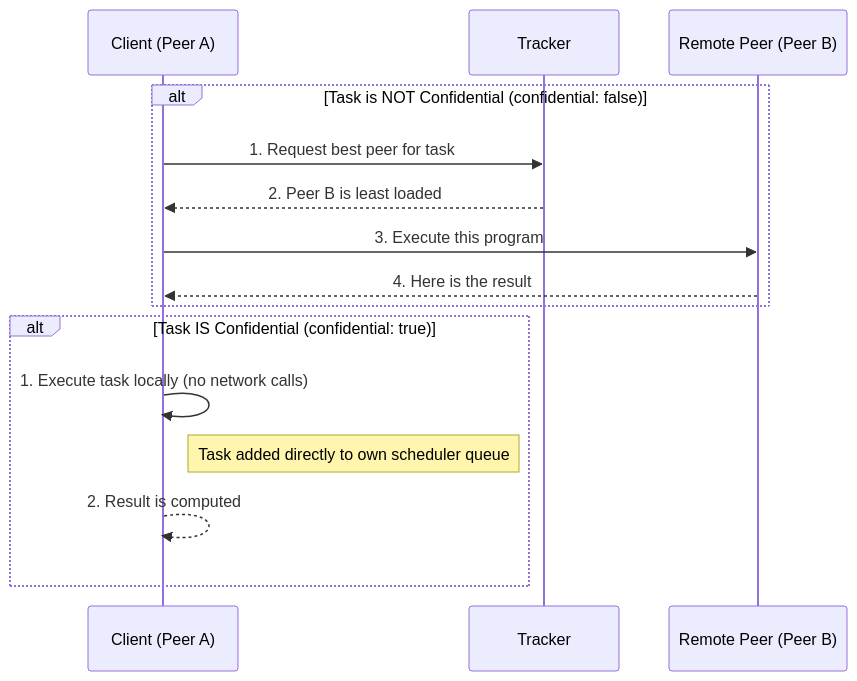
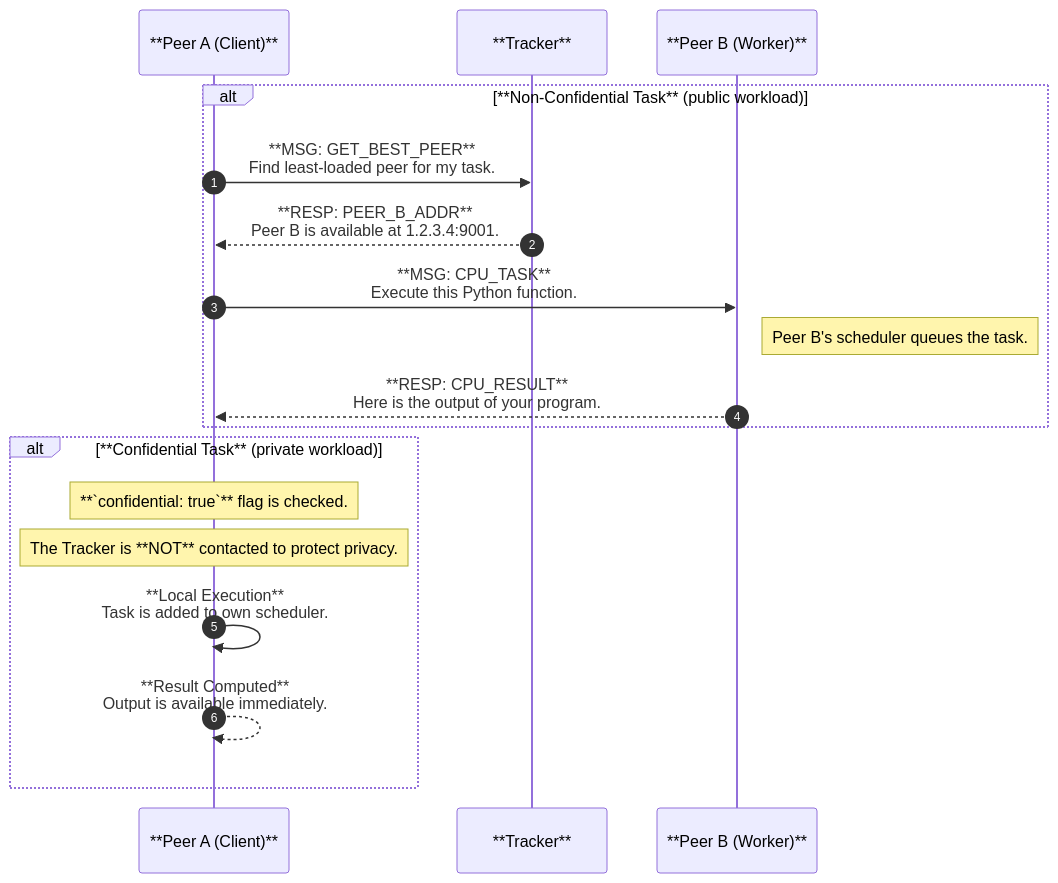
Before and after one commit to AbdullahhussainYasim/p2p-os-term-project: the second of 2 diagrams in README.md, drawn with Mermaid. The commit also changed other lines of this file, not shown here.

````diff
--- a/README.md
+++ b/README.md
@@ -147,19 +124,22 @@
 ```mermaid
 sequenceDiagram
-    participant Client as Client (Peer A)
-    participant Tracker
-    participant PeerB as Remote Peer (Peer B)
+    autonumber
+    participant Client as **Peer A (Client)**
+    participant Tracker as **Tracker**
+    participant PeerB as **Peer B (Worker)**
 
-    alt Task is NOT Confidential (confidential: false)
-        Client->>Tracker: 1. Request best peer for task
-        Tracker-->>Client: 2. Peer B is least loaded
-        Client->>PeerB: 3. Execute this program
-        PeerB-->>Client: 4. Here is the result
+    alt **Non-Confidential Task** (public workload)
+        Client->>Tracker: **MSG: GET_BEST_PEER**<br/>Find least-loaded peer for my task.
+        Tracker-->>Client: **RESP: PEER_B_ADDR**<br/>Peer B is available at 1.2.3.4:9001.
+        Client->>PeerB: **MSG: CPU_TASK**<br/>Execute this Python function.
+        Note right of PeerB: Peer B's scheduler queues the task.
+        PeerB-->>Client: **RESP: CPU_RESULT**<br/>Here is the output of your program.
     end
 
-    alt Task IS Confidential (confidential: true)
-        Client->>Client: 1. Execute task locally (no network calls)
-        Note right of Client: Task added directly to own scheduler queue
-        Client-->>Client: 2. Result is computed
+    alt **Confidential Task** (private workload)
+        Note over Client: **`confidential: true`** flag is checked.
+        Note over Client: The Tracker is **NOT** contacted to protect privacy.
+        Client->>Client: **Local Execution**<br/>Task is added to own scheduler.
+        Client-->>Client: **Result Computed**<br/>Output is available immediately.
     end
 ```
````
